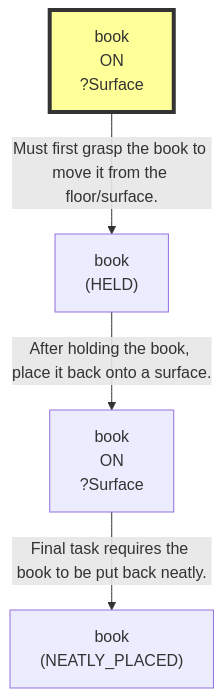
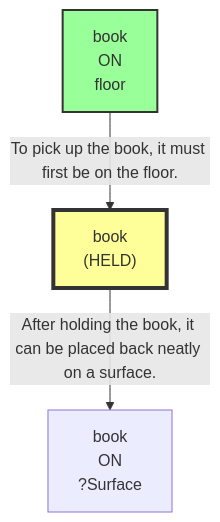
The first of 14 diagrams in evaluation/results/table3/robostate/runs/without_parameter_binding/G2_09/run_T3_without_parameter_binding_G2_09.md (scuama/virtualhome), drawn with Mermaid before and after one commit. The commit also changed other lines of this file and 507 other files, not shown here.

````diff
--- a/evaluation/results/table3/robostate/runs/without_parameter_binding/G2_09/run_T3_without_parameter_binding_G2_09.md
+++ b/evaluation/results/table3/robostate/runs/without_parameter_binding/G2_09/run_T3_without_parameter_binding_G2_09.md
@@ -102,11 +108,10 @@
 ```mermaid
 graph TD
-    N1["book<br>ON<br>?Surface"]
-    style N1 fill:#ff9,stroke:#333,stroke-width:4px
+    N1["book<br>ON<br>floor"]
+    style N1 fill:#9f9,stroke:#333,stroke-width:2px
     N2["book<br>(HELD)"]
+    style N2 fill:#ff9,stroke:#333,stroke-width:4px
     N3["book<br>ON<br>?Surface"]
-    N4["book<br>(NEATLY_PLACED)"]
-    N1 -->|"Must first grasp the book to move it from the floor/surface."| N2
-    N2 -->|"After holding the book, place it back onto a surface."| N3
-    N3 -->|"Final task requires the book to be put back neatly."| N4
+    N1 -->|"To pick up the book, it must first be on the floor."| N2
+    N2 -->|"After holding the book, it can be placed back neatly on a surface."| N3
 ```
````
